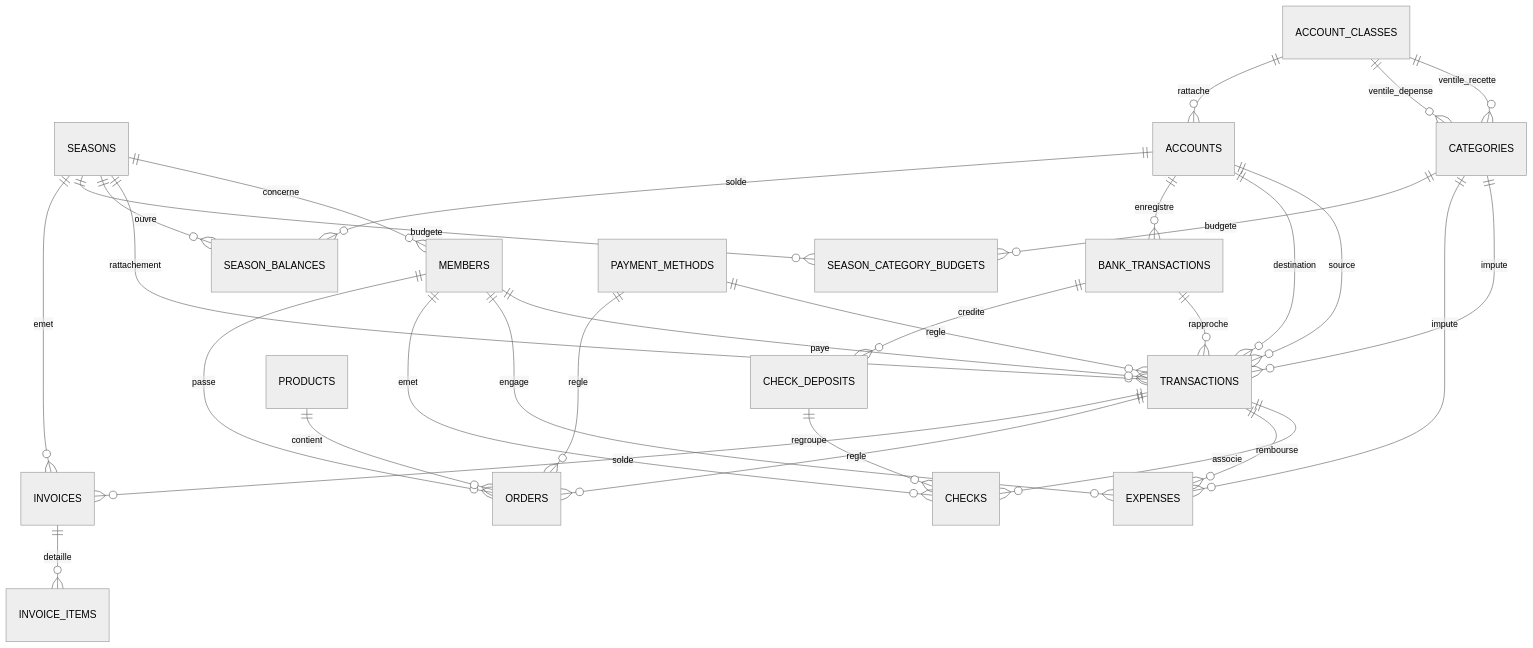
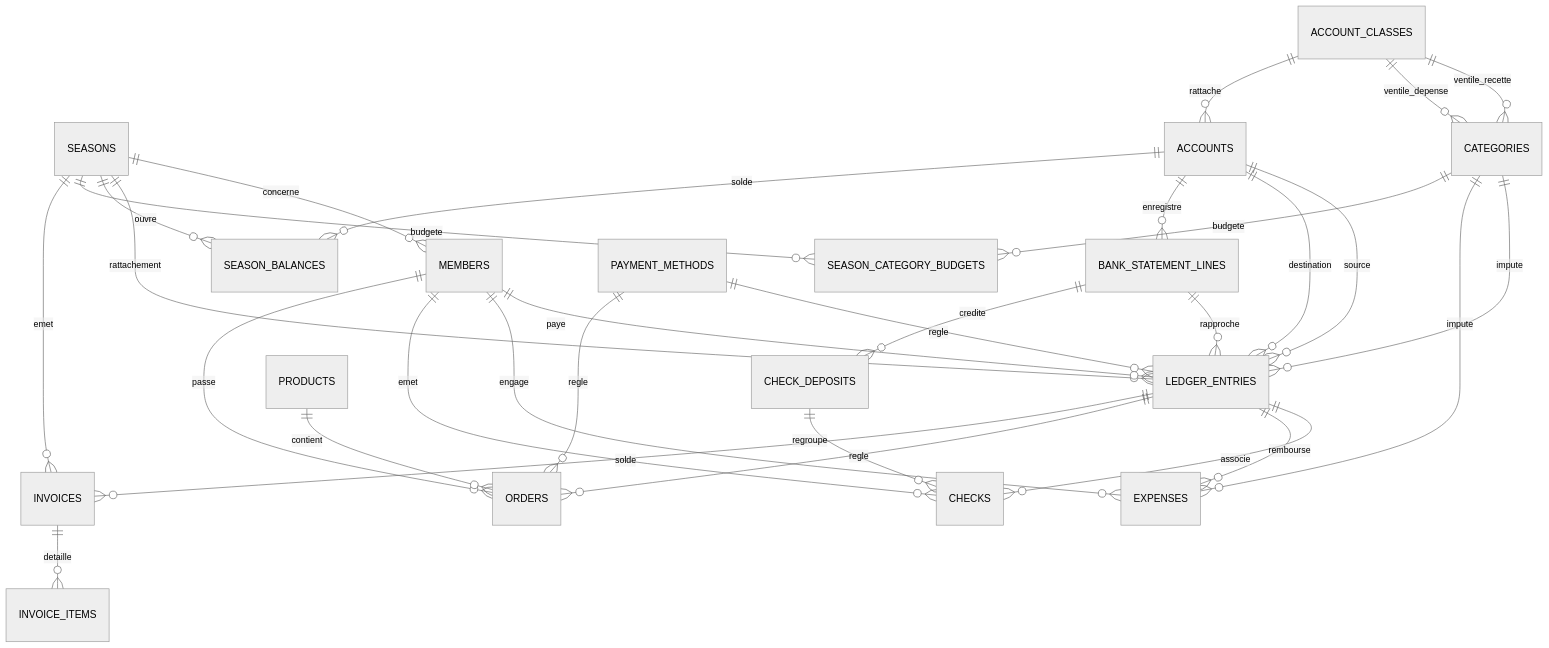
One commit to mephyston/nozay-bad changed the first of 2 diagrams in docs/architecture/ADR-0004-modele-de-donnees.md. Above: the diagram before and after it, drawn with Mermaid (neutral theme). The commit also changed other lines of this file, not shown here.

Commit message:
docs(architecture): update ADR-0004 with budget uniqueness, category code removal, table renaming, and season import policy (PROMPT C1)

````diff
--- a/docs/architecture/ADR-0004-modele-de-donnees.md
+++ b/docs/architecture/ADR-0004-modele-de-donnees.md
@@ -52,42 +69,42 @@
 ```mermaid
 erDiagram
     SEASONS ||--o{ MEMBERS : "concerne"
-    SEASONS ||--o{ TRANSACTIONS : "rattachement"
+    SEASONS ||--o{ LEDGER_ENTRIES : "rattachement"
     SEASONS ||--o{ SEASON_BALANCES : "ouvre"
     SEASONS ||--o{ SEASON_CATEGORY_BUDGETS : "budgete"
     SEASONS ||--o{ INVOICES : "emet"
     
     ACCOUNT_CLASSES ||--o{ CATEGORIES : "ventile_recette"
     ACCOUNT_CLASSES ||--o{ CATEGORIES : "ventile_depense"
     ACCOUNT_CLASSES ||--o{ ACCOUNTS : "rattache"
     
-    ACCOUNTS ||--o{ TRANSACTIONS : "source"
-    ACCOUNTS ||--o{ TRANSACTIONS : "destination"
-    ACCOUNTS ||--o{ BANK_TRANSACTIONS : "enregistre"
+    ACCOUNTS ||--o{ LEDGER_ENTRIES : "source"
+    ACCOUNTS ||--o{ LEDGER_ENTRIES : "destination"
+    ACCOUNTS ||--o{ BANK_STATEMENT_LINES : "enregistre"
     ACCOUNTS ||--o{ SEASON_BALANCES : "solde"
     
-    PAYMENT_METHODS ||--o{ TRANSACTIONS : "regle"
+    PAYMENT_METHODS ||--o{ LEDGER_ENTRIES : "regle"
     PAYMENT_METHODS ||--o{ ORDERS : "regle"
 
-    CATEGORIES ||--o{ TRANSACTIONS : "impute"
+    CATEGORIES ||--o{ LEDGER_ENTRIES : "impute"
     CATEGORIES ||--o{ EXPENSES : "impute"
     CATEGORIES ||--o{ SEASON_CATEGORY_BUDGETS : "budgete"
 
-    MEMBERS ||--o{ TRANSACTIONS : "paye"
+    MEMBERS ||--o{ LEDGER_ENTRIES : "paye"
     MEMBERS ||--o{ EXPENSES : "engage"
     MEMBERS ||--o{ CHECKS : "emet"
     MEMBERS ||--o{ ORDERS : "passe"
 
-    BANK_TRANSACTIONS ||--o{ TRANSACTIONS : "rapproche"
-    BANK_TRANSACTIONS ||--o{ CHECK_DEPOSITS : "credite"
+    BANK_STATEMENT_LINES ||--o{ LEDGER_ENTRIES : "rapproche"
+    BANK_STATEMENT_LINES ||--o{ CHECK_DEPOSITS : "credite"
 
     CHECK_DEPOSITS ||--o{ CHECKS : "regroupe"
 
-    TRANSACTIONS ||--o{ CHECKS : "associe"
-    TRANSACTIONS ||--o{ EXPENSES : "rembourse"
-    TRANSACTIONS ||--o{ ORDERS : "regle"
-    TRANSACTIONS ||--o{ INVOICES : "solde"
+    LEDGER_ENTRIES ||--o{ CHECKS : "associe"
+    LEDGER_ENTRIES ||--o{ EXPENSES : "rembourse"
+    LEDGER_ENTRIES ||--o{ ORDERS : "regle"
+    LEDGER_ENTRIES ||--o{ INVOICES : "solde"
 
     INVOICES ||--o{ INVOICE_ITEMS : "detaille"
     PRODUCTS ||--o{ ORDERS : "contient"
 ```
````
